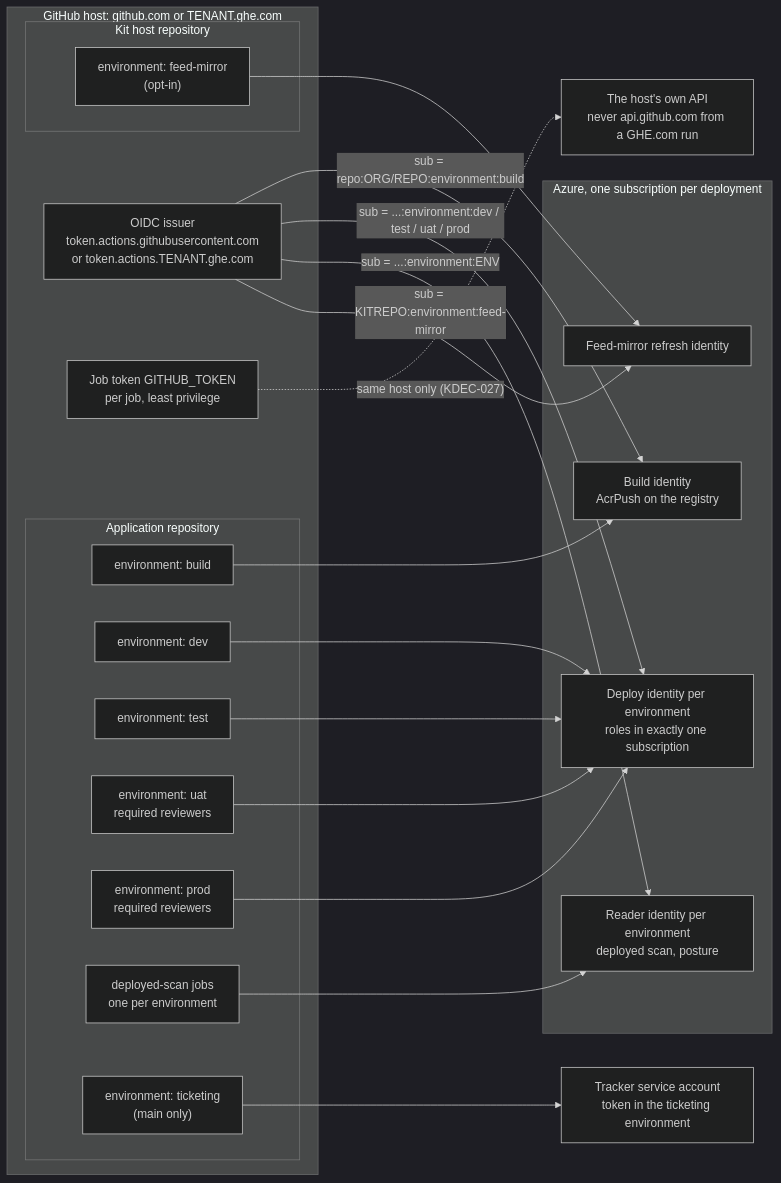
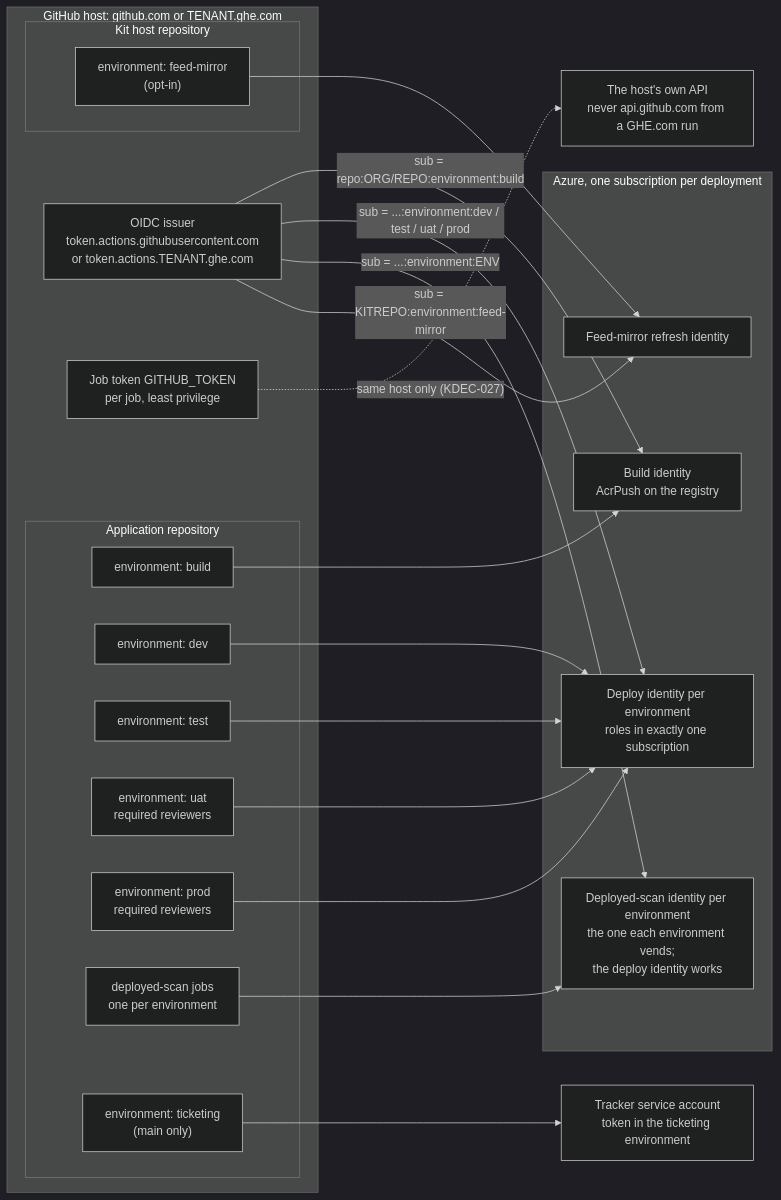
The first of 2 diagrams in docs/architecture/ARCH_02_IDENTITIES_AND_TRUST.md (deedeerich/secure-cicd-kit-public), drawn with Mermaid (dark theme) before and after one commit. The commit also changed other lines of this file and 85 other files, not shown here.

````diff
--- a/docs/architecture/ARCH_02_IDENTITIES_AND_TRUST.md
+++ b/docs/architecture/ARCH_02_IDENTITIES_AND_TRUST.md
@@ -13,39 +13,39 @@
 ```mermaid
 flowchart LR
   subgraph GH["GitHub host: github.com or TENANT.ghe.com"]
     ISS["OIDC issuer<br/>token.actions.githubusercontent.com<br/>or token.actions.TENANT.ghe.com"]
     subgraph APP["Application repository"]
       EB["environment: build"]
       ED["environment: dev"]
       ET["environment: test"]
       EU["environment: uat<br/>required reviewers"]
       EP["environment: prod<br/>required reviewers"]
       ER["deployed-scan jobs<br/>one per environment"]
       TK["environment: ticketing<br/>(main only)"]
     end
     subgraph KIT["Kit host repository"]
       FM["environment: feed-mirror<br/>(opt-in)"]
     end
     JT["Job token GITHUB_TOKEN<br/>per job, least privilege"]
   end
   subgraph AZ["Azure, one subscription per deployment"]
     KB["Build identity<br/>AcrPush on the registry"]
     KD["Deploy identity per environment<br/>roles in exactly one subscription"]
-    KR["Reader identity per environment<br/>deployed scan, posture"]
+    KR["Deployed-scan identity per environment<br/>the one each environment vends;<br/>the deploy identity works"]
     KM["Feed-mirror refresh identity"]
   end
   JIRA["Tracker service account<br/>token in the ticketing environment"]
   ISS -- "sub = repo:ORG/REPO:environment:build" --> KB
   ISS -- "sub = ...:environment:dev / test / uat / prod" --> KD
   ISS -- "sub = ...:environment:ENV" --> KR
   ISS -- "sub = KITREPO:environment:feed-mirror" --> KM
   EB --> KB
   ED --> KD
   ET --> KD
   EU --> KD
   EP --> KD
   ER --> KR
   FM --> KM
   TK --> JIRA
   JT -. "same host only (KDEC-027)" .-> API["The host's own API<br/>never api.github.com from a GHE.com run"]
 ```
````
